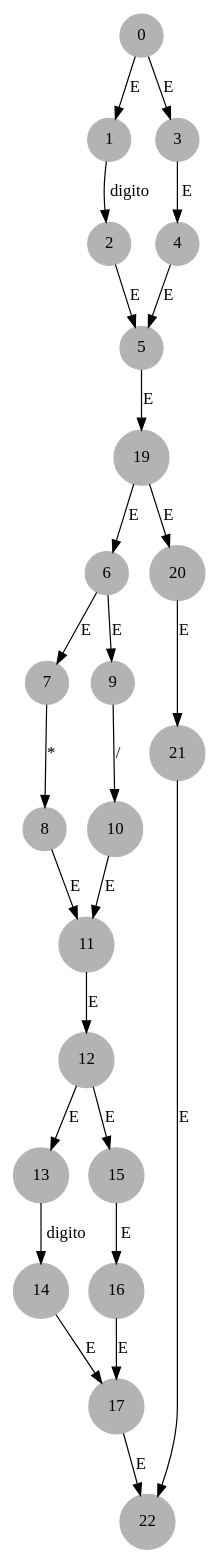
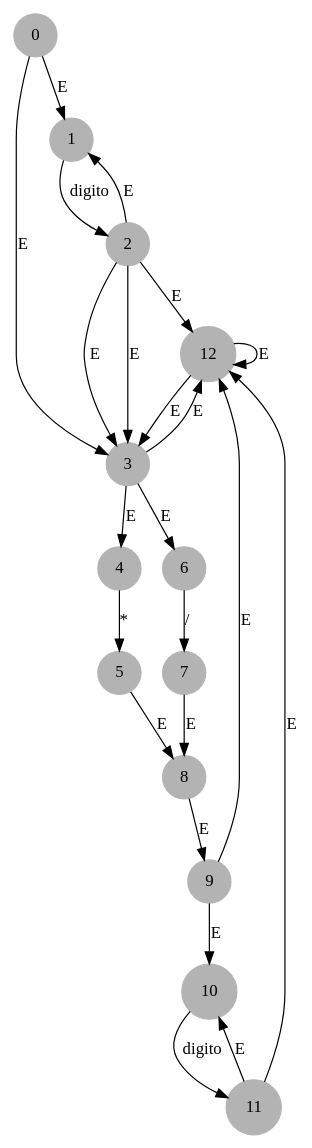
The diagram in Proyecto1_Compi/bin/Debug/operaciones.dot (loumisha96/ProyectoCompi1S12020_201602935), drawn with Graphviz before and after one commit. The commit also changed 20 other files, not shown here.

```diff
--- a/Proyecto1_Compi/bin/Debug/operaciones.dot
+++ b/Proyecto1_Compi/bin/Debug/operaciones.dot
@@ -1,29 +1,26 @@
 digraph G{
 node[shape=circle, style=filled, color= Gray70];
 edge[color=black]
 0->{1}[label="E"]
 1->{2}[label=digito]
+2->{1}[label="E"]
+2->{3}[label="E"]
 0->{3}[label="E"]
-3->{4}[label=" E"]
-2->{5}[label="E"]
-4->{5}[label="E"]
-6->{7}[label="E"]
-7->{8}[label="*"]
-6->{9}[label="E"]
-9->{10}[label="/"]
-8->{11}[label="E"]
-10->{11}[label="E"]
-12->{13}[label="E"]
-13->{14}[label=digito]
-12->{15}[label="E"]
-15->{16}[label=" E"]
-14->{17}[label="E"]
-16->{17}[label="E"]
+3->{4}[label="E"]
+4->{5}[label="*"]
+3->{6}[label="E"]
+6->{7}[label="/"]
+5->{8}[label="E"]
+7->{8}[label="E"]
+9->{10}[label="E"]
+10->{11}[label=digito]
+11->{10}[label="E"]
 11->{12}[label="E"]
-19->{6}[label="E"]
-19->{20}[label="E"]
-20->{21}[label="E"]
-21->{22}[label="E"]
-17->{22}[label="E"]
-5->{19}[label="E"]
+9->{12}[label="E"]
+8->{9}[label="E"]
+12->{3}[label="E"]
+2->{3}[label="E"]
+2->{12}[label="E"]
+12->{12}[label="E"]
+3->{12}[label="E"]
 }
```
